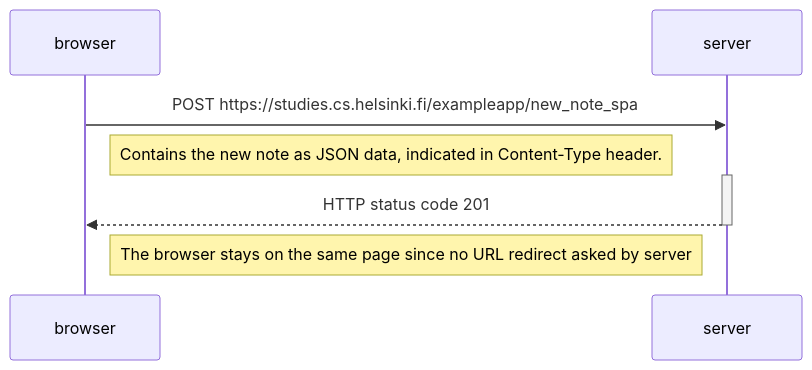
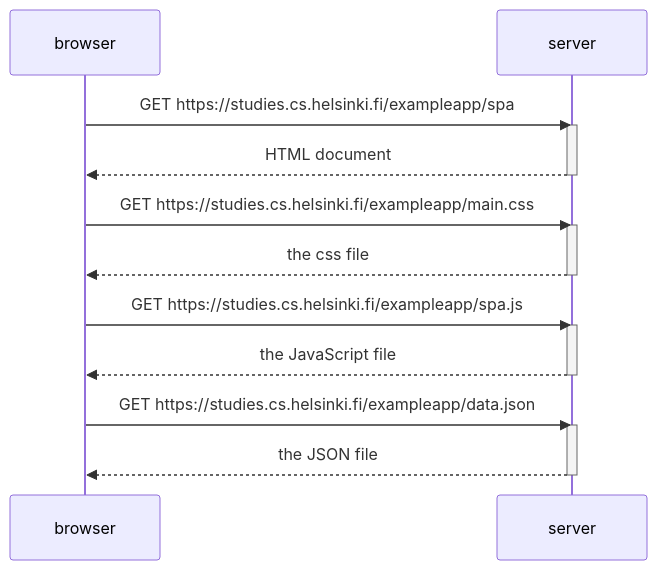
One commit to PlatinumFoxTail/fullstackopen changed the diagram in part0/0.5_single_page_app_diagram.md. Above: the diagram before and after it, drawn with Mermaid.

Commit message:
solution 0.5_single_page_app_diagram.md

````diff
--- a/part0/0.5_single_page_app_diagram.md
+++ b/part0/0.5_single_page_app_diagram.md
@@ -1,16 +1,26 @@
 ```mermaid
 sequenceDiagram
     participant browser
     participant server
 
-    browser->>server: POST https://studies.cs.helsinki.fi/exampleapp/new_note_spa
-
-    Note right of browser: Contains the new note as JSON data, indicated in Content-Type header.
-
+    browser->>server: GET https://studies.cs.helsinki.fi/exampleapp/spa
     activate server
-    server-->>browser: HTTP status code 201
+    server-->>browser: HTML document
     deactivate server
 
-    Note right of browser: The browser stays on the same page since no URL redirect asked by server
+    browser->>server: GET https://studies.cs.helsinki.fi/exampleapp/main.css
+    activate server
+    server-->>browser: the css file
+    deactivate server
+
+    browser->>server: GET https://studies.cs.helsinki.fi/exampleapp/spa.js
+    activate server
+    server-->>browser: the JavaScript file
+    deactivate server  
+
+    browser->>server: GET https://studies.cs.helsinki.fi/exampleapp/data.json
+    activate server
+    server-->>browser: the JSON file
+    deactivate server
 
 ```
````
